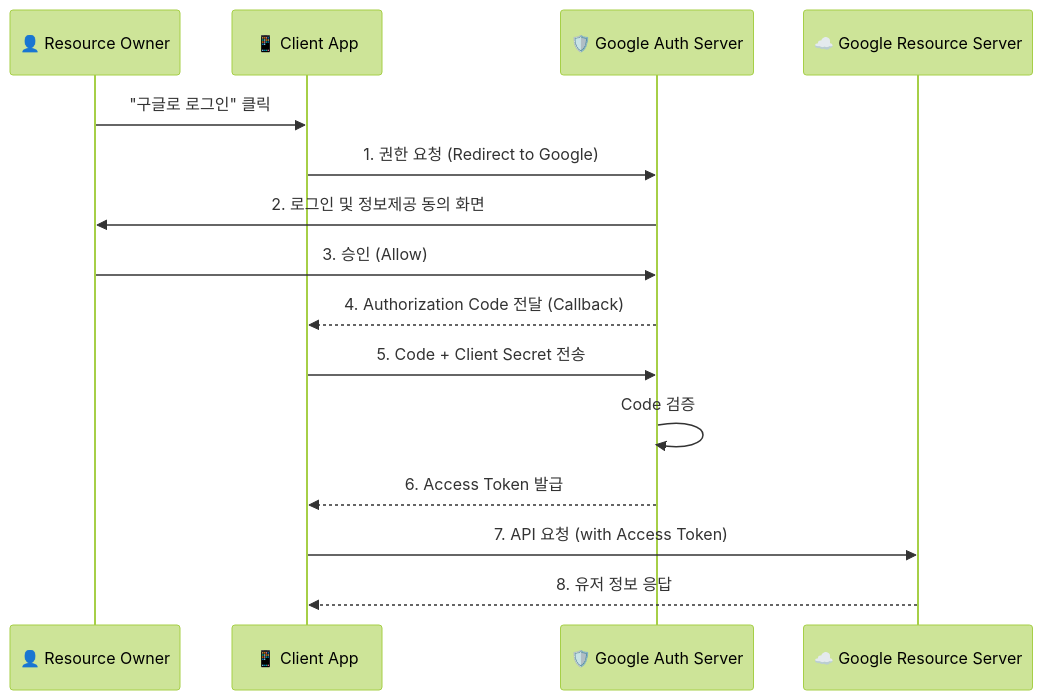
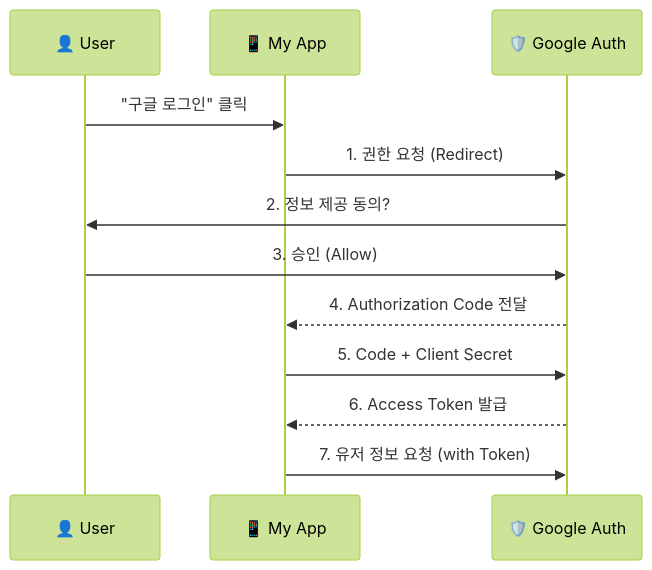
The second of 2 diagrams in 04-system-design/auth-oauth/README.md (thseo4813/Study-Notes), drawn with Mermaid (forest theme) before and after one commit. The commit also changed other lines of this file and 13 other files, not shown here.

````diff
--- a/04-system-design/auth-oauth/README.md
+++ b/04-system-design/auth-oauth/README.md
@@ -293,20 +65,17 @@
 ```mermaid
 sequenceDiagram
-    participant User as 👤 Resource Owner
-    participant Client as 📱 Client App
-    participant Auth as 🛡️ Google Auth Server
-    participant API as ☁️ Google Resource Server
+    participant User as 👤 User
+    participant Client as 📱 My App
+    participant Google as 🛡️ Google Auth
 
-    User->>Client: "구글로 로그인" 클릭
-    Client->>Auth: 1. 권한 요청 (Redirect to Google)
-    Auth->>User: 2. 로그인 및 정보제공 동의 화면
-    User->>Auth: 3. 승인 (Allow)
-    Auth-->>Client: 4. Authorization Code 전달 (Callback)
+    User->>Client: "구글 로그인" 클릭
+    Client->>Google: 1. 권한 요청 (Redirect)
+    Google->>User: 2. 정보 제공 동의?
+    User->>Google: 3. 승인 (Allow)
+    Google-->>Client: 4. Authorization Code 전달
     
-    Client->>Auth: 5. Code + Client Secret 전송
-    Auth->>Auth: Code 검증
-    Auth-->>Client: 6. Access Token 발급
+    Client->>Google: 5. Code + Client Secret
+    Google-->>Client: 6. Access Token 발급
     
-    Client->>API: 7. API 요청 (with Access Token)
-    API-->>Client: 8. 유저 정보 응답
+    Client->>Google: 7. 유저 정보 요청 (with Token)
 ```
````
